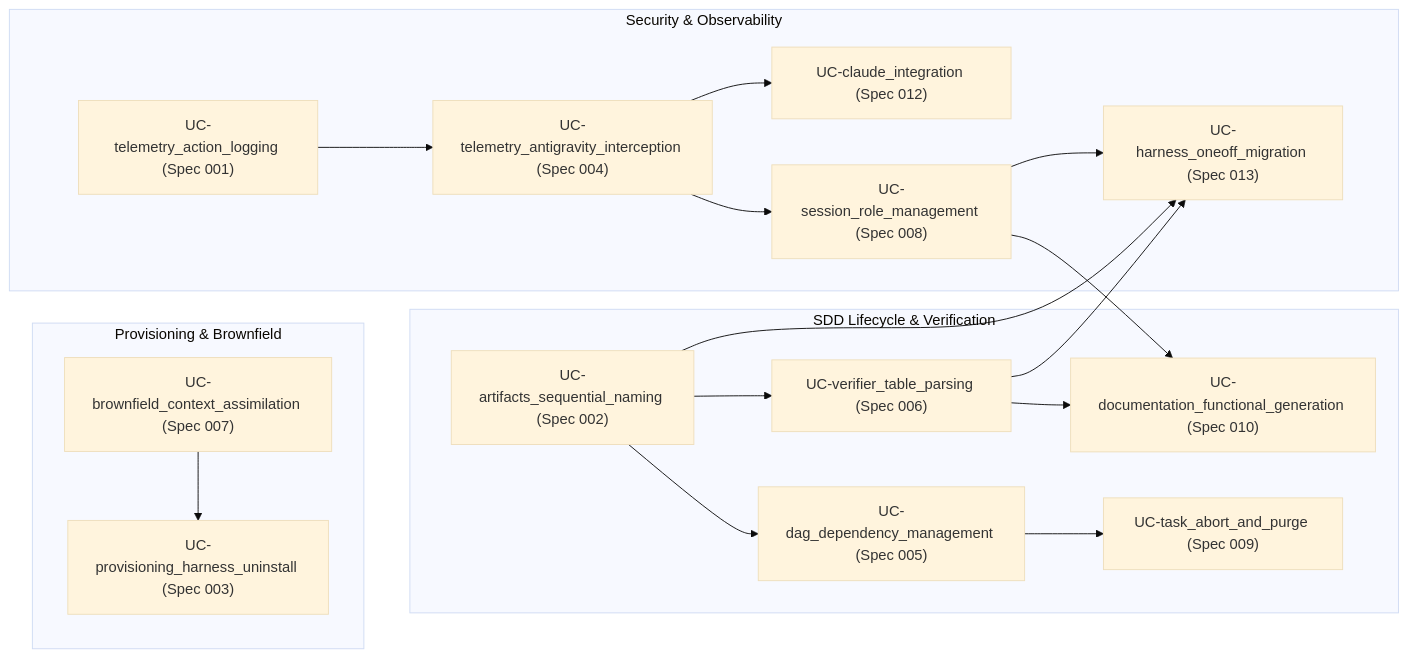
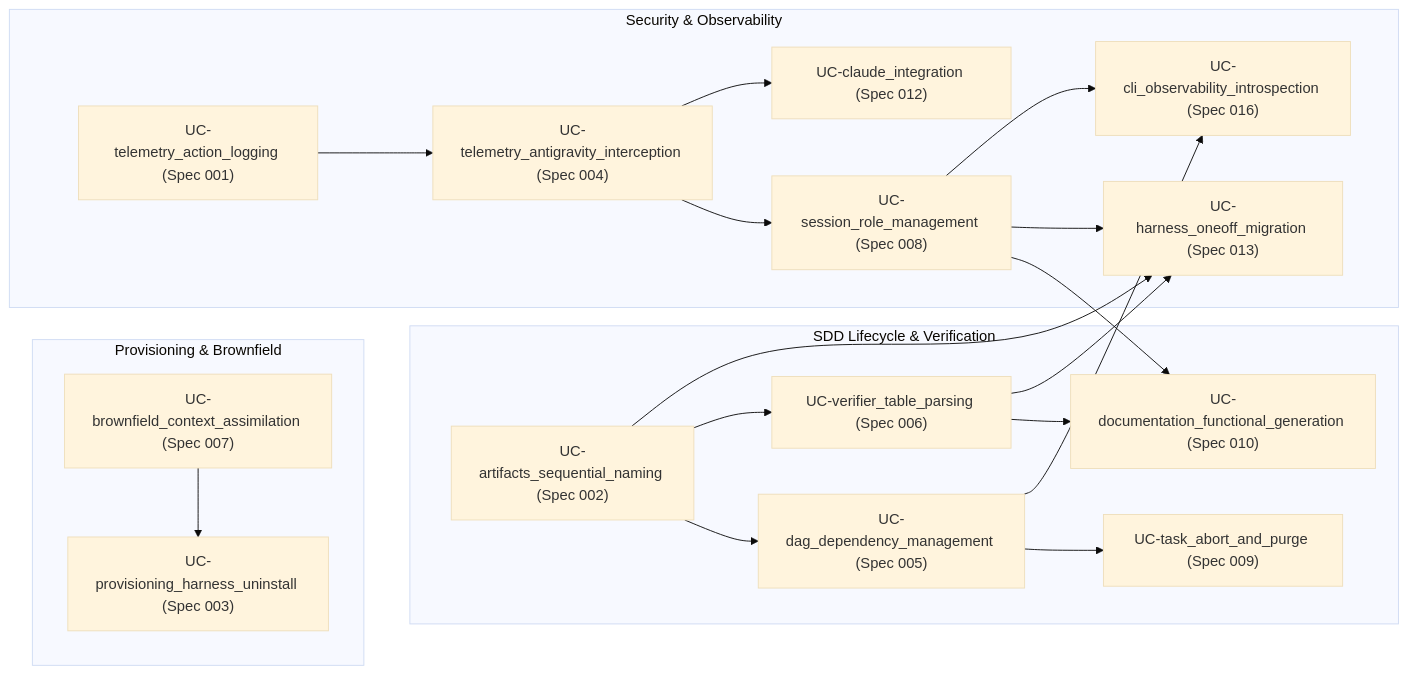
One commit to Calevin/seb-harness changed the diagram in docs/use-cases/README.md. Above: the diagram before and after it, drawn with Mermaid (base theme). The commit also changed other lines of this file and 18 other files, not shown here.

Commit message:
Spec 016 Observabilidad e Introspección del CLI y Estado SDD

````diff
--- a/docs/use-cases/README.md
+++ b/docs/use-cases/README.md
@@ -24,23 +25,25 @@
 ```mermaid
 flowchart LR
     subgraph Provisioning["Provisioning & Brownfield"]
         UC007["UC-brownfield_context_assimilation (Spec 007)"] --> UC003["UC-provisioning_harness_uninstall (Spec 003)"]
     end
 
     subgraph CoreSDD["SDD Lifecycle & Verification"]
         UC002["UC-artifacts_sequential_naming (Spec 002)"] --> UC005["UC-dag_dependency_management (Spec 005)"]
         UC002 --> UC006["UC-verifier_table_parsing (Spec 006)"]
         UC005 --> UC009["UC-task_abort_and_purge (Spec 009)"]
         UC006 --> UC010["UC-documentation_functional_generation (Spec 010)"]
     end
 
     subgraph SecurityAndTelemetry["Security & Observability"]
         UC001["UC-telemetry_action_logging (Spec 001)"] --> UC004["UC-telemetry_antigravity_interception (Spec 004)"]
         UC004 --> UC008["UC-session_role_management (Spec 008)"]
         UC008 --> UC010
         UC004 --> UC012["UC-claude_integration (Spec 012)"]
         UC008 --> UC013["UC-harness_oneoff_migration (Spec 013)"]
         UC002 --> UC013
         UC006 --> UC013
+        UC005 --> UC016["UC-cli_observability_introspection (Spec 016)"]
+        UC008 --> UC016
     end
 ```
````
